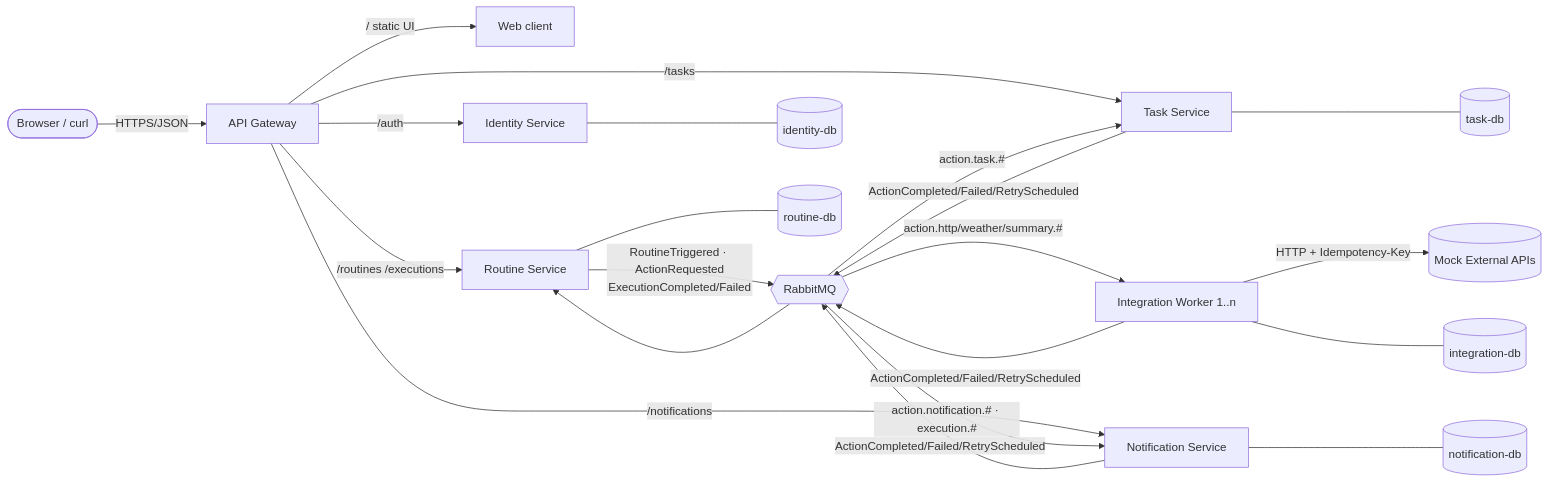
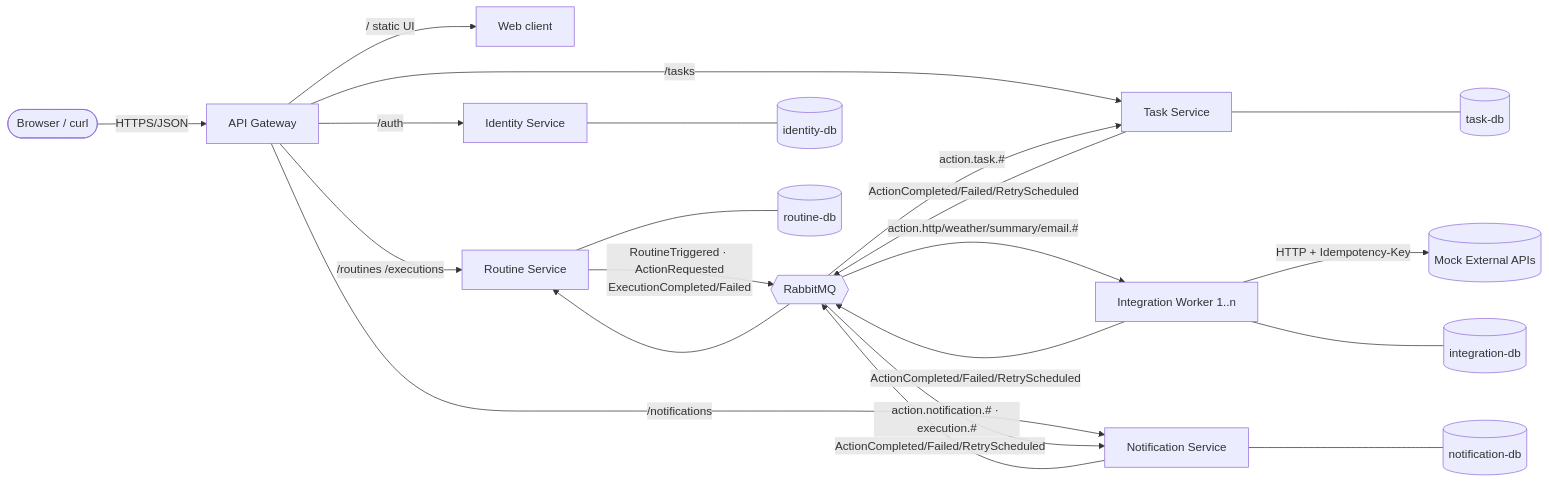
The first of 2 diagrams in docs/architecture.md (sxpersxnic/tbz-m321-routine), drawn with Mermaid before and after one commit. The commit also changed other lines of this file and 23 other files, not shown here.

````diff
--- a/docs/architecture.md
+++ b/docs/architecture.md
@@ -7,23 +7,23 @@
 ```mermaid
 flowchart LR
     Client([Browser / curl]) -->|HTTPS/JSON| GW[API Gateway]
     GW -->|/ static UI| WEB[Web client]
     GW -->|/auth| ID[Identity Service]
     GW -->|/routines /executions| RS[Routine Service]
     GW -->|/tasks| TS[Task Service]
     GW -->|/notifications| NS[Notification Service]
 
     RS -- "RoutineTriggered · ActionRequested\nExecutionCompleted/Failed" --> MB{{RabbitMQ}}
     MB -- "action.task.#" --> TS
-    MB -- "action.http/weather/summary.#" --> IW1[Integration Worker 1..n]
+    MB -- "action.http/weather/summary/email.#" --> IW1[Integration Worker 1..n]
     MB -- "action.notification.# · execution.#" --> NS
     TS & IW1 & NS -- "ActionCompleted/Failed/RetryScheduled" --> MB
     MB --> RS
     IW1 -->|HTTP + Idempotency-Key| EXT[(Mock External APIs)]
 
     ID --- IDDB[(identity-db)]
     RS --- RSDB[(routine-db)]
     TS --- TSDB[(task-db)]
     NS --- NSDB[(notification-db)]
     IW1 --- IWDB[(integration-db)]
 ```
````
